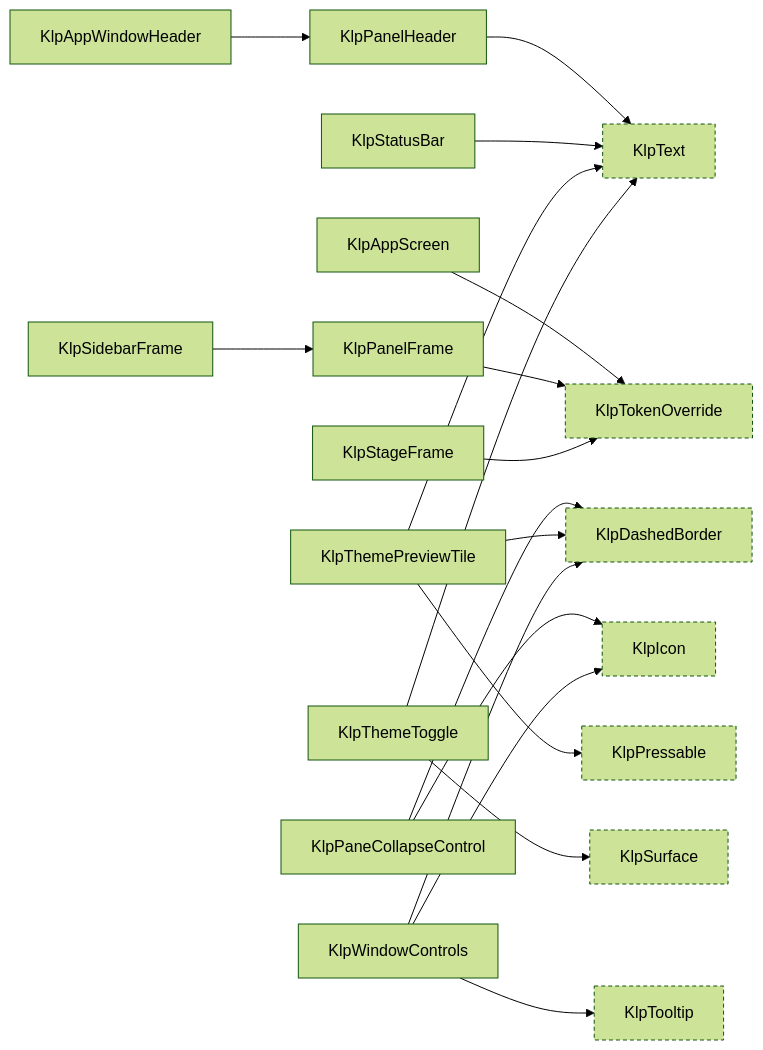
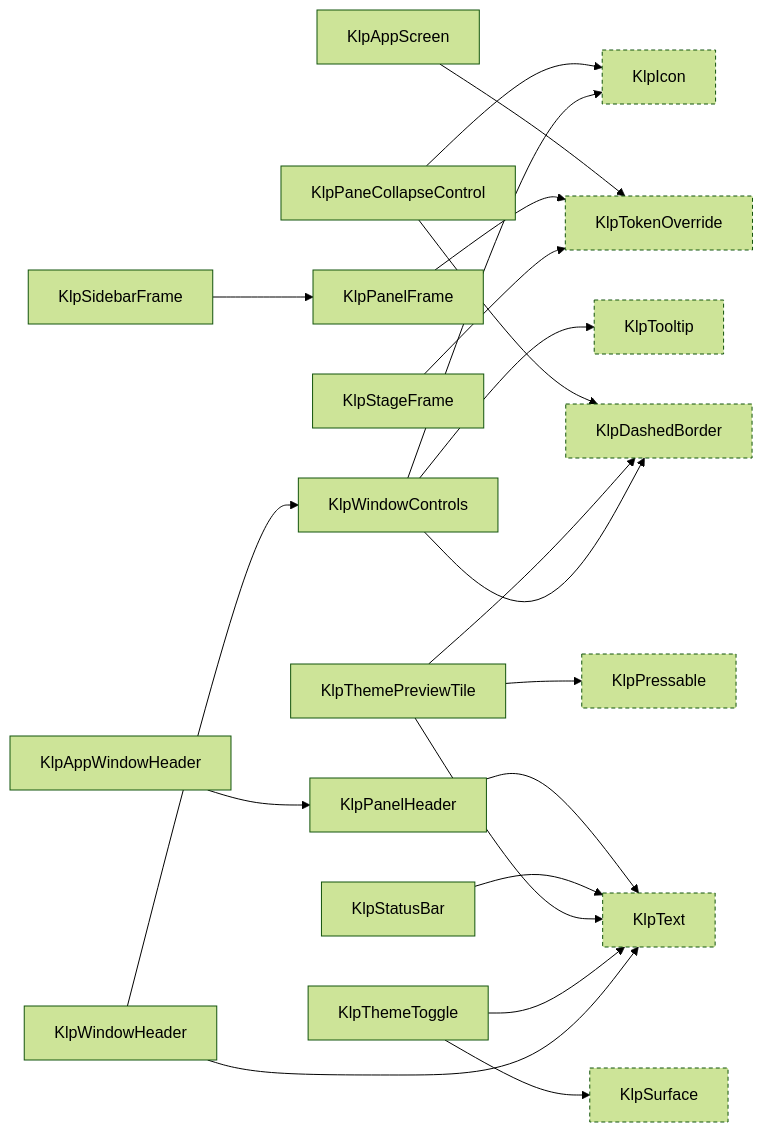
Before and after one commit to MiuDog/Kallopis: diagram 15 of 16 in spec/component-inventory.md, drawn with Mermaid (forest theme). The commit also changed other lines of this file and 195 other files, not shown here.

````diff
--- a/spec/component-inventory.md
+++ b/spec/component-inventory.md
@@ -958,39 +996,42 @@
 ```mermaid
 graph LR
   KlpAppScreen["KlpAppScreen"]
   KlpAppWindowHeader["KlpAppWindowHeader"]
   KlpDashedBorder["KlpDashedBorder"]:::external
   KlpIcon["KlpIcon"]:::external
   KlpPaneCollapseControl["KlpPaneCollapseControl"]
   KlpPanelFrame["KlpPanelFrame"]
   KlpPanelHeader["KlpPanelHeader"]
   KlpPressable["KlpPressable"]:::external
   KlpSidebarFrame["KlpSidebarFrame"]
   KlpStageFrame["KlpStageFrame"]
   KlpStatusBar["KlpStatusBar"]
   KlpSurface["KlpSurface"]:::external
   KlpText["KlpText"]:::external
   KlpThemePreviewTile["KlpThemePreviewTile"]
   KlpThemeToggle["KlpThemeToggle"]
   KlpTokenOverride["KlpTokenOverride"]:::external
   KlpTooltip["KlpTooltip"]:::external
   KlpWindowControls["KlpWindowControls"]
+  KlpWindowHeader["KlpWindowHeader"]
   KlpAppScreen --> KlpTokenOverride
   KlpAppWindowHeader --> KlpPanelHeader
   KlpPaneCollapseControl --> KlpDashedBorder
   KlpPaneCollapseControl --> KlpIcon
   KlpPanelFrame --> KlpTokenOverride
   KlpPanelHeader --> KlpText
   KlpSidebarFrame --> KlpPanelFrame
   KlpStageFrame --> KlpTokenOverride
   KlpStatusBar --> KlpText
   KlpThemePreviewTile --> KlpDashedBorder
   KlpThemePreviewTile --> KlpPressable
   KlpThemePreviewTile --> KlpText
   KlpThemeToggle --> KlpSurface
   KlpThemeToggle --> KlpText
   KlpWindowControls --> KlpDashedBorder
   KlpWindowControls --> KlpIcon
   KlpWindowControls --> KlpTooltip
+  KlpWindowHeader --> KlpText
+  KlpWindowHeader --> KlpWindowControls
   classDef external stroke-dasharray: 4 3;
 ```
````
